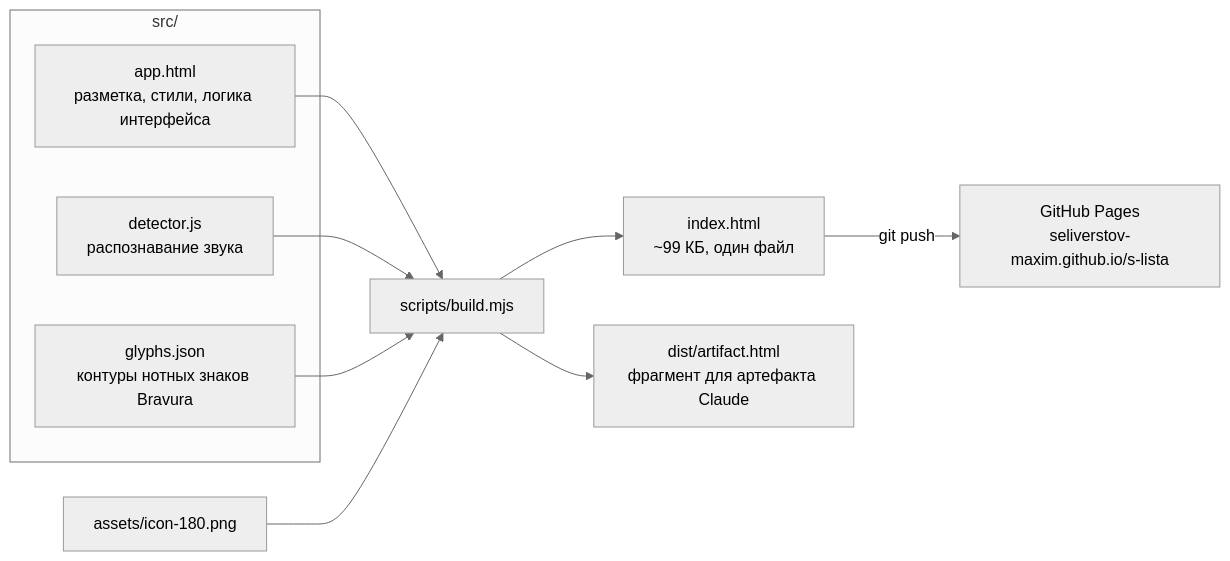
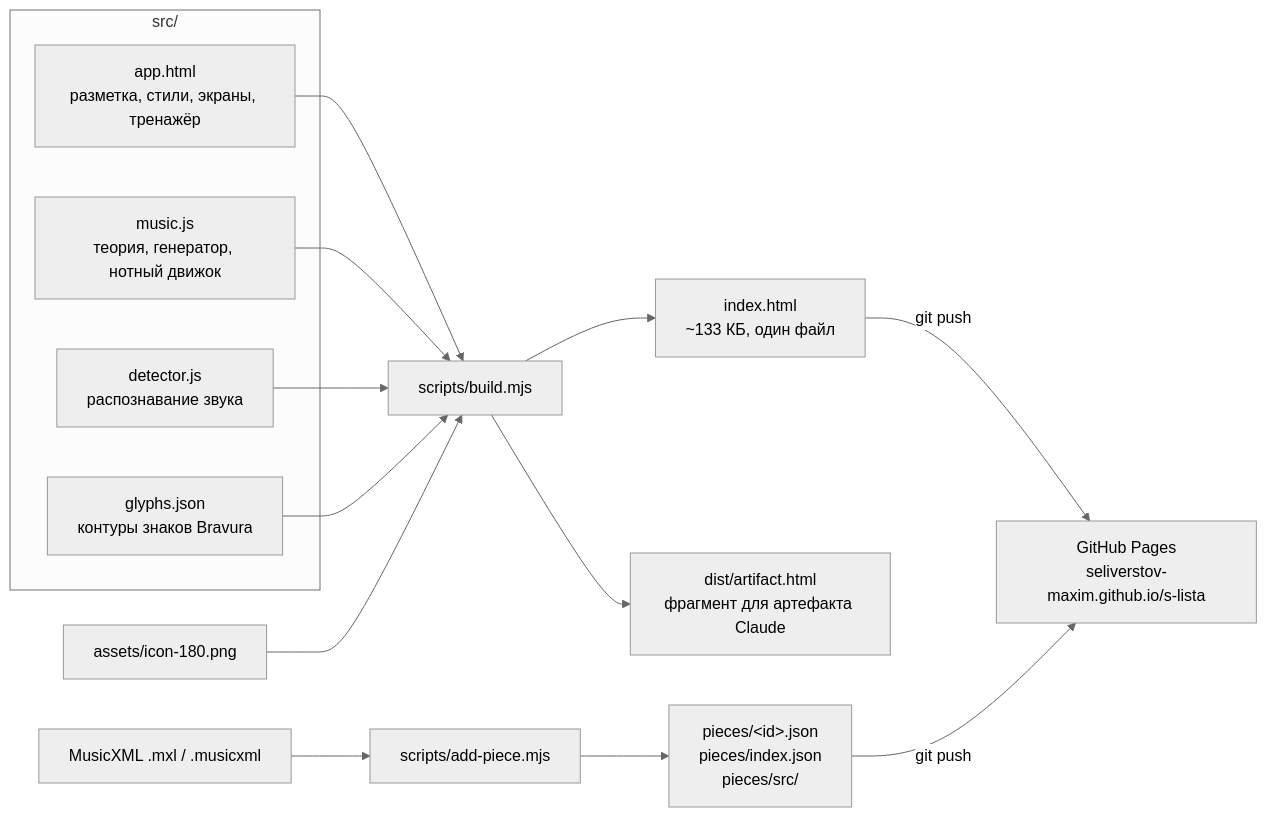
Before and after one commit to seliverstov-maxim/s-lista: the first of 3 diagrams in docs/architecture.md, drawn with Mermaid (neutral theme). The commit also changed other lines of this file and 8 other files, not shown here.

````diff
--- a/docs/architecture.md
+++ b/docs/architecture.md
@@ -7,17 +7,22 @@
 ```mermaid
 flowchart LR
   subgraph src[src/]
-    A[app.html<br/>разметка, стили, логика интерфейса]
+    A[app.html<br/>разметка, стили, экраны, тренажёр]
+    Mu[music.js<br/>теория, генератор, нотный движок]
     D[detector.js<br/>распознавание звука]
-    G[glyphs.json<br/>контуры нотных знаков Bravura]
+    G[glyphs.json<br/>контуры знаков Bravura]
   end
   I[assets/icon-180.png]
   B[scripts/build.mjs]
   A --> B
+  Mu --> B
   D --> B
   G --> B
   I --> B
-  B --> O[index.html<br/>~99 КБ, один файл]
+  B --> O[index.html<br/>~133 КБ, один файл]
   B --> F[dist/artifact.html<br/>фрагмент для артефакта Claude]
+  X[MusicXML .mxl / .musicxml] --> T[scripts/add-piece.mjs]
+  T --> Pc[pieces/&lt;id&gt;.json<br/>pieces/index.json<br/>pieces/src/]
   O -->|git push| P[GitHub Pages<br/>seliverstov-maxim.github.io/s-lista]
+  Pc -->|git push| P
 ```
````
